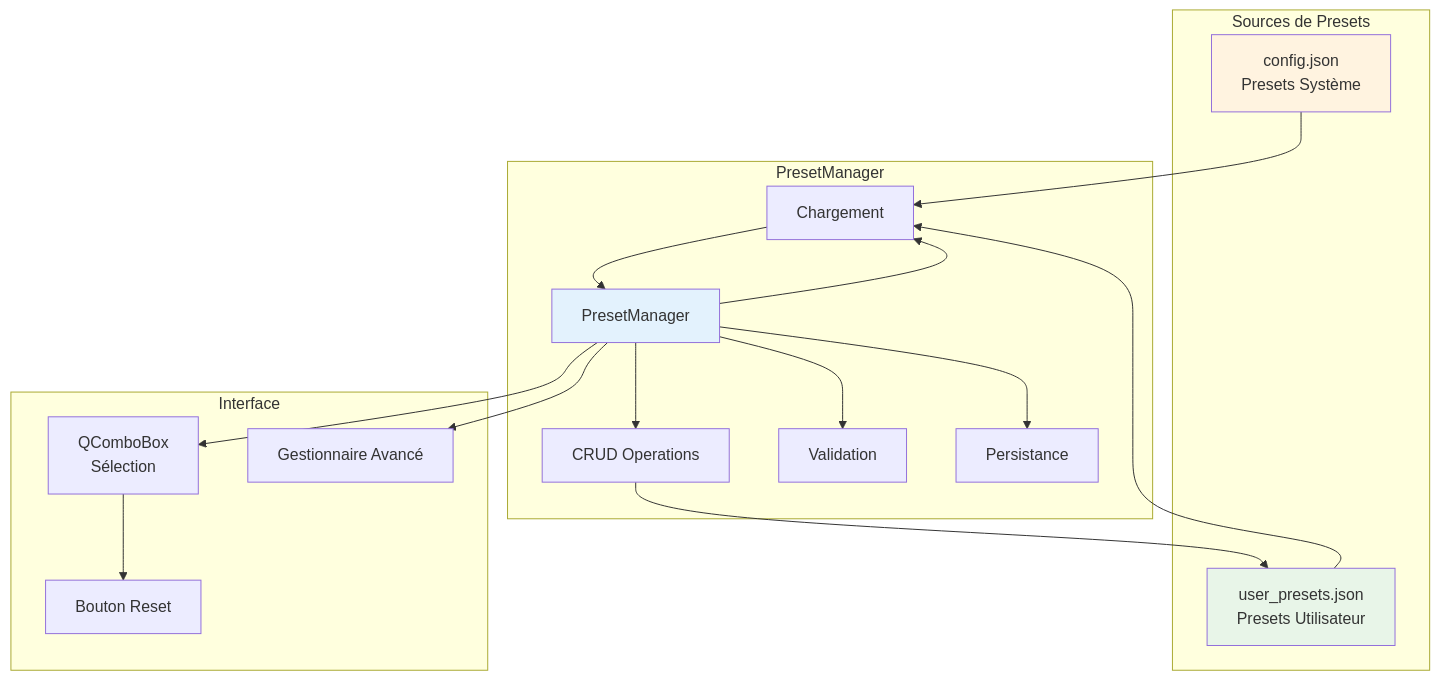
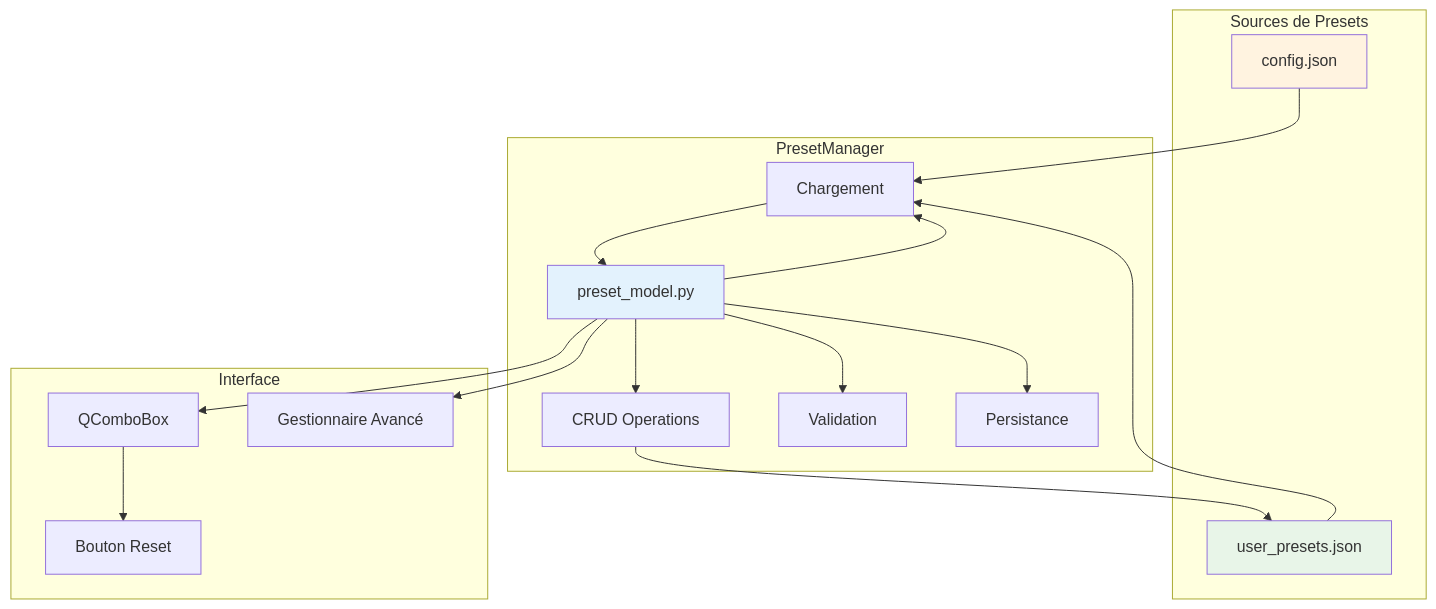
The third of 9 diagrams in docs/mermaid.md (gaBBtry/NeutroScope), drawn with Mermaid before and after one commit. The commit also changed other lines of this file, not shown here.

````diff
--- a/docs/mermaid.md
+++ b/docs/mermaid.md
@@ -122,35 +76,29 @@
 ```mermaid
 graph TD
     subgraph "Sources de Presets"
-        CFG[config.json<br/>Presets Système]
-        USER[user_presets.json<br/>Presets Utilisateur]
+        CFG[config.json]
+        USER[user_presets.json]
     end
-    
     subgraph "PresetManager"
-        PM[PresetManager]
+        PM[preset_model.py]
         PM --> LOAD[Chargement]
         PM --> CRUD[CRUD Operations]
         PM --> VALID[Validation]
         PM --> PERSIST[Persistance]
     end
-    
     subgraph "Interface"
-        COMBO[QComboBox<br/>Sélection]
+        COMBO[QComboBox]
         RESET[Bouton Reset]
         MANAGE[Gestionnaire Avancé]
     end
-    
     CFG --> LOAD
     USER --> LOAD
     LOAD --> PM
-    
     PM --> COMBO
     PM --> MANAGE
     COMBO --> RESET
-    
     CRUD --> USER
-    
     style CFG fill:#fff3e0
     style USER fill:#e8f5e8
     style PM fill:#e3f2fd
 ```
````
